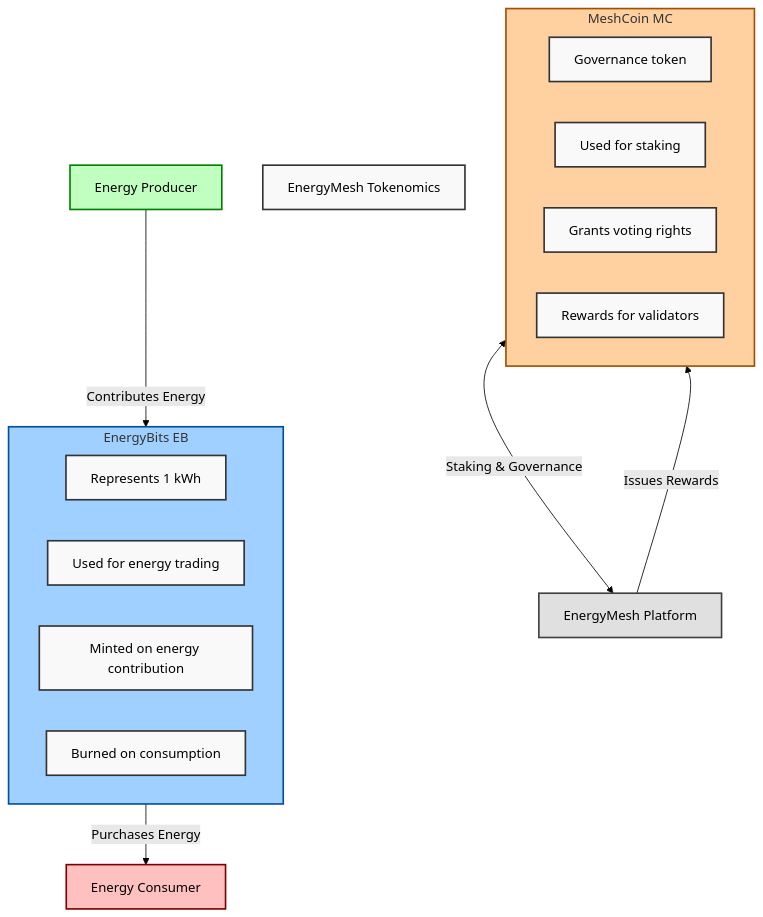
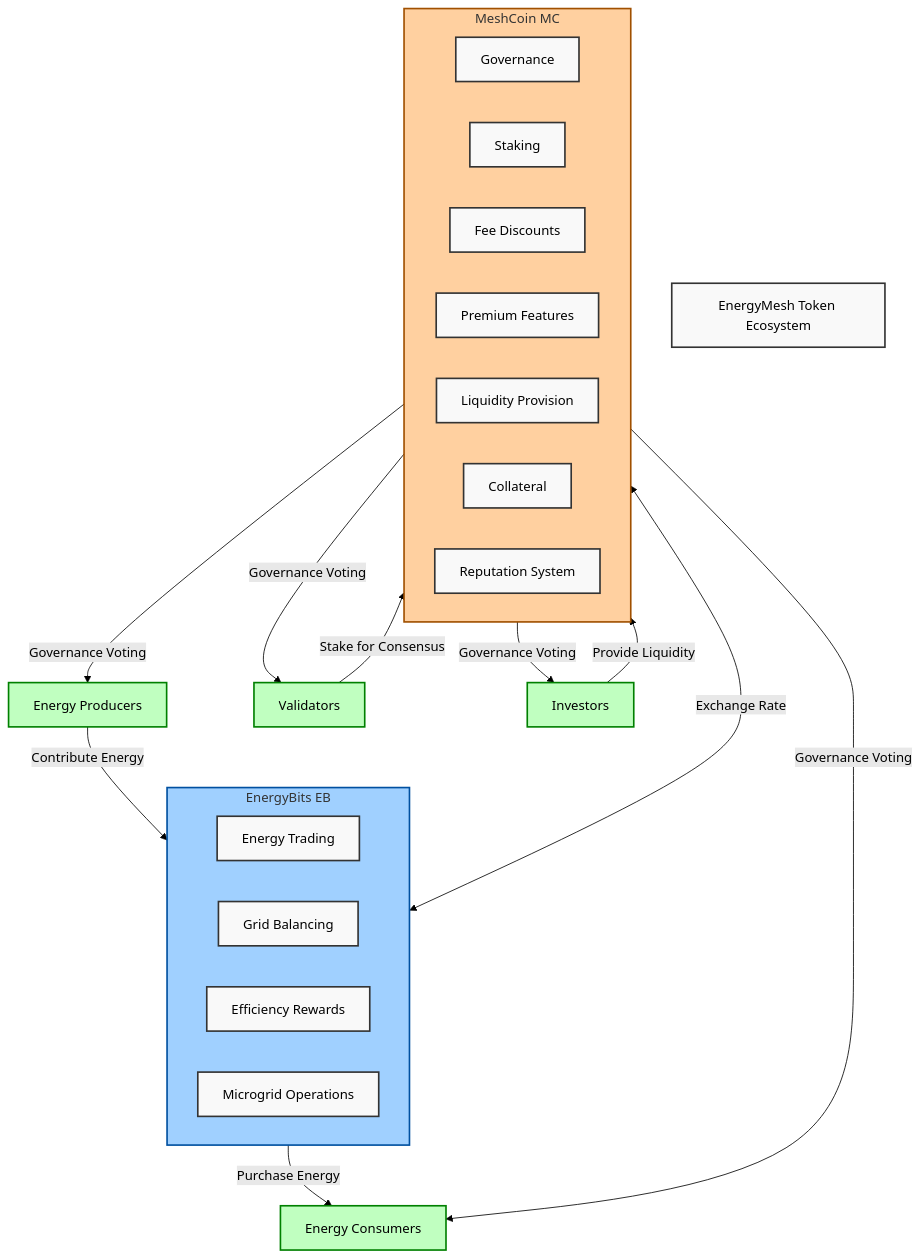
Before and after one commit to yYorky/IS634-Web3ProjectProposal: the second of 3 diagrams in EnergyMesh Proposal_V2.md, drawn with Mermaid (forest theme). The commit also changed other lines of this file, not shown here.

Commit message:
docs: updated tokenomics and tech stack

````diff
--- a/EnergyMesh Proposal_V2.md
+++ b/EnergyMesh Proposal_V2.md
@@ -101,40 +209,46 @@
 ```mermaid
 flowchart TD
-    title[EnergyMesh Tokenomics]
+    title[EnergyMesh Token Ecosystem]
     
     subgraph EB[EnergyBits EB]
-        EB1[Represents 1 kWh]
-        EB2[Used for energy trading]
-        EB3[Minted on energy contribution]
-        EB4[Burned on consumption]
+        EB1[Energy Trading]
+        EB2[Grid Balancing]
+        EB3[Efficiency Rewards]
+        EB4[Microgrid Operations]
     end
     
     subgraph MC[MeshCoin MC]
-        MC1[Governance token]
-        MC2[Used for staking]
-        MC3[Grants voting rights]
-        MC4[Rewards for validators]
+        MC1[Governance]
+        MC2[Staking]
+        MC3[Fee Discounts]
+        MC4[Premium Features]
+        MC5[Liquidity Provision]
+        MC6[Collateral]
+        MC7[Reputation System]
     end
     
-    EP[Energy Producer]
-    EC[Energy Consumer]
-    EMP[EnergyMesh Platform]
+    EP[Energy Producers]
+    EC[Energy Consumers]
+    V[Validators]
+    I[Investors]
     
-    EP -->|Contributes Energy| EB
-    EB -->|Purchases Energy| EC
-    EMP -->|Issues Rewards| MC
-    MC <-->|Staking & Governance| EMP
+    EP -->|Contribute Energy| EB
+    EB -->|Purchase Energy| EC
+    V -->|Stake for Consensus| MC
+    I -->|Provide Liquidity| MC
+    MC -->|Governance Voting| EP
+    MC -->|Governance Voting| EC
+    MC -->|Governance Voting| V
+    MC -->|Governance Voting| I
+    
+    EB <-->|Exchange Rate| MC
     
     classDef default fill:#f9f9f9,stroke:#333,stroke-width:2px;
     classDef eb fill:#a0d0ff,stroke:#0050a0,stroke-width:2px;
     classDef mc fill:#ffd0a0,stroke:#a05000,stroke-width:2px;
-    classDef ep fill:#c0ffc0,stroke:#008000,stroke-width:2px;
-    classDef ec fill:#ffc0c0,stroke:#800000,stroke-width:2px;
-    classDef emp fill:#e0e0e0,stroke:#404040,stroke-width:2px;
+    classDef user fill:#c0ffc0,stroke:#008000,stroke-width:2px;
     
     class EB eb;
     class MC mc;
-    class EP ep;
-    class EC ec;
-    class EMP emp;
+    class EP,EC,V,I user;
 ```
````
